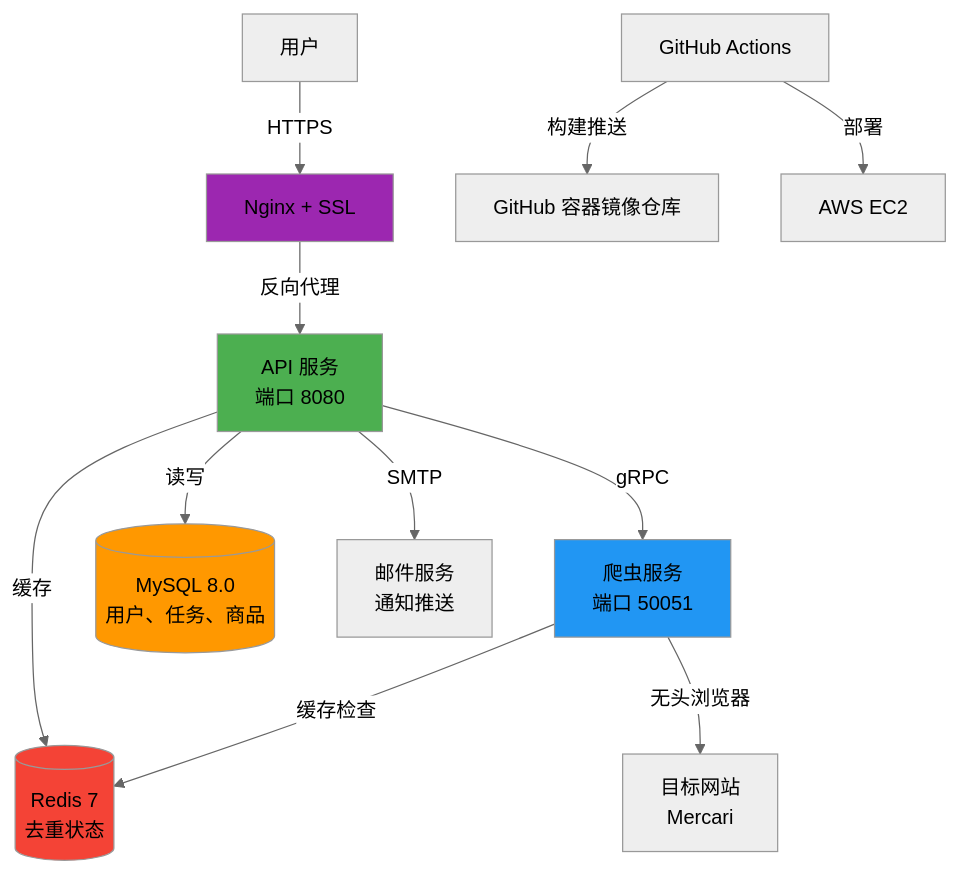
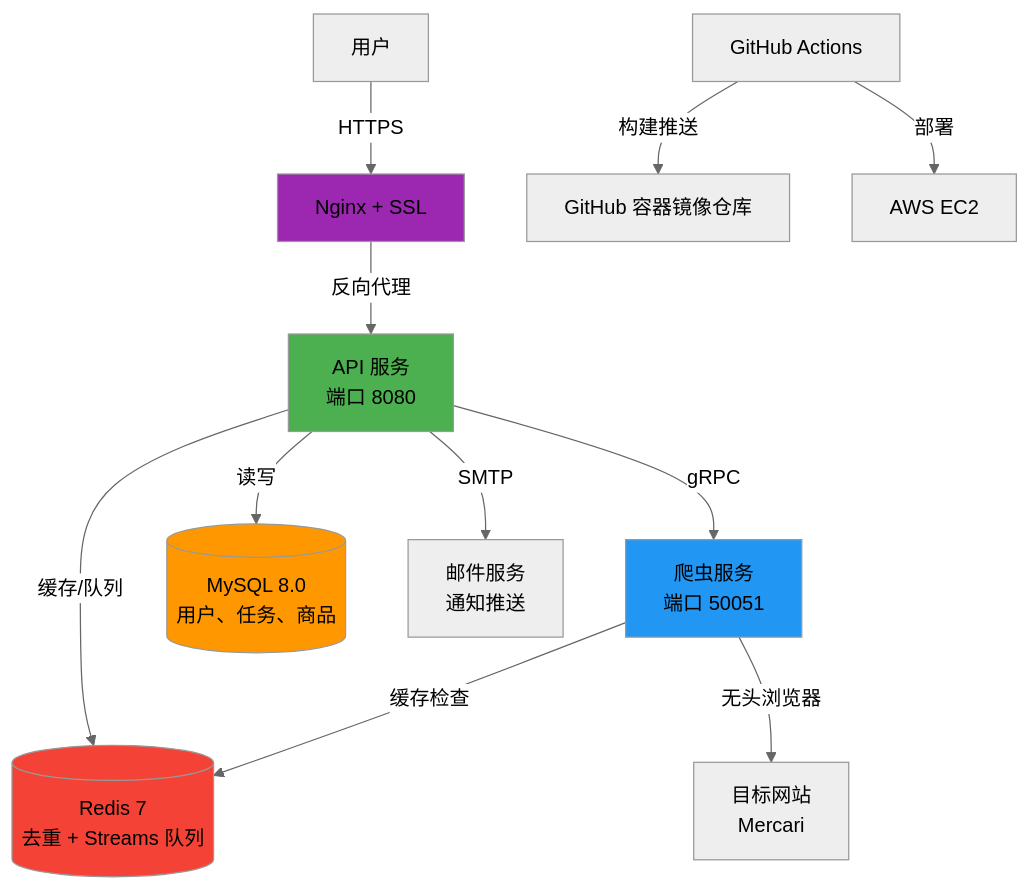
The first of 2 diagrams in README.md (KahanaT800/GoodsHunter), drawn with Mermaid (neutral theme) before and after one commit. The commit also changed other lines of this file and 13 other files, not shown here.

````diff
--- a/README.md
+++ b/README.md
@@ -37,23 +37,23 @@
 ```mermaid
 graph TB
     User[用户] -->|HTTPS| Nginx[Nginx + SSL]
     Nginx -->|反向代理| API[API 服务<br/>端口 8080]
     
     API -->|gRPC| Crawler[爬虫服务<br/>端口 50051]
     API -->|读写| MySQL[(MySQL 8.0<br/>用户、任务、商品)]
-    API -->|缓存| Redis[(Redis 7<br/>去重状态)]
+    API -->|缓存/队列| Redis[(Redis 7<br/>去重 + Streams 队列)]
     
     Crawler -->|缓存检查| Redis
     Crawler -->|无头浏览器| Target[目标网站<br/>Mercari]
     
     API -->|SMTP| Email[邮件服务<br/>通知推送]
     
     CI[GitHub Actions] -->|构建推送| GHCR[GitHub 容器镜像仓库]
     CI -->|部署| EC2[AWS EC2]
     
     style API fill:#4CAF50
     style Crawler fill:#2196F3
     style MySQL fill:#FF9800
     style Redis fill:#F44336
     style Nginx fill:#9C27B0
 ```
````
